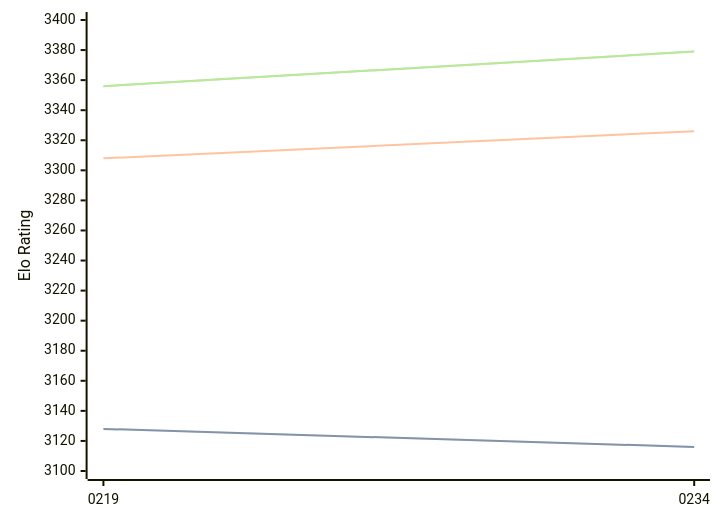
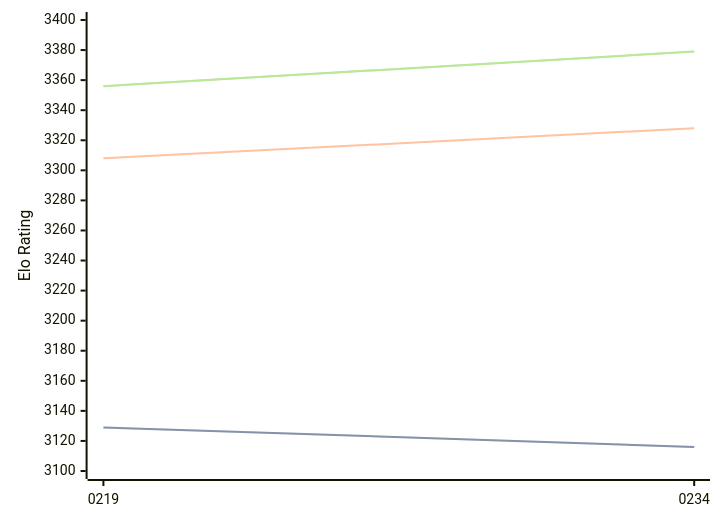
The diagram in engines/Ynode.md (computer-chess-index/cci), drawn with Mermaid before and after one commit. The commit also changed other lines of this file, not shown here.

````diff
--- a/engines/Ynode.md
+++ b/engines/Ynode.md
@@ -39,11 +39,11 @@
 ```mermaid
 %%{init: {"theme":"base","themeVariables":{"seriesColors:['#a3a3a3','#222221','#faa371']}}}%%
 xychart-beta
   x-axis ["0219", "0234"]
   y-axis "Elo Rating" 3100 --> 3400
-  line "STC (8.0+0.08s)" [3128, 3116]
-  line "STC (8.0+0.08s)" [3128, 3116]
-  line "LTC (60.0+0.60s)" [3308, 3326]
+  line "STC (8.0+0.08s)" [3129, 3116]
+  line "STC (8.0+0.08s)" [3129, 3116]
+  line "LTC (60.0+0.60s)" [3308, 3328]
   line "VLTC (2m24s+1.12s)" [3356, 3379]
   line "VLTC (2m24s+1.12s)" [3356, 3379]
 ```
````
